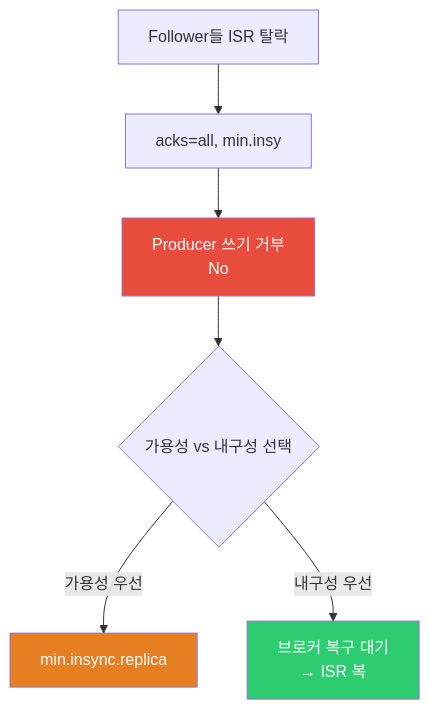
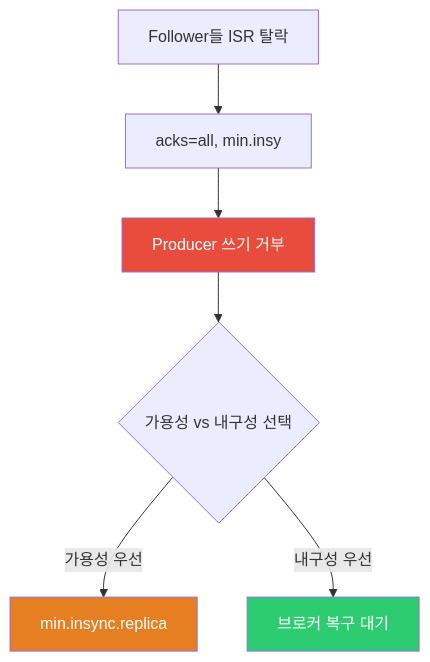
One commit to yjkim2015/yjkim2015.github.io changed the eighth of 8 diagrams in _posts/kafka/2026-05-01-kafka-replication.md. Above: the diagram before and after it, drawn with Mermaid. The commit also changed other lines of this file and 217 other files, not shown here.

First line of the commit message:
Mermaid 크기 수정: useMaxWidth:true + SVG max-width:100% + 라벨 축소

````diff
--- a/_posts/kafka/2026-05-01-kafka-replication.md
+++ b/_posts/kafka/2026-05-01-kafka-replication.md
@@ -355,15 +355,15 @@
 ```mermaid
 flowchart TD
-    A["Follower들 ISR 탈락\n"]
+    A["Follower들 ISR 탈락"]
     B["acks=all, min.insy"]
-    C["Producer 쓰기 거부\nNo"]
+    C["Producer 쓰기 거부"]
     D{"가용성 vs 내구성 선택"}
     E["min.insync.replica"]
-    F["브로커 복구 대기\n→ ISR 복"]
+    F["브로커 복구 대기"]
     A --> B --> C --> D
     D -->|"가용성 우선"| E
     D -->|"내구성 우선"| F
     style C fill:#e74c3c,color:#fff
     style E fill:#e67e22,color:#fff
     style F fill:#2ecc71,color:#fff
 ```
````
